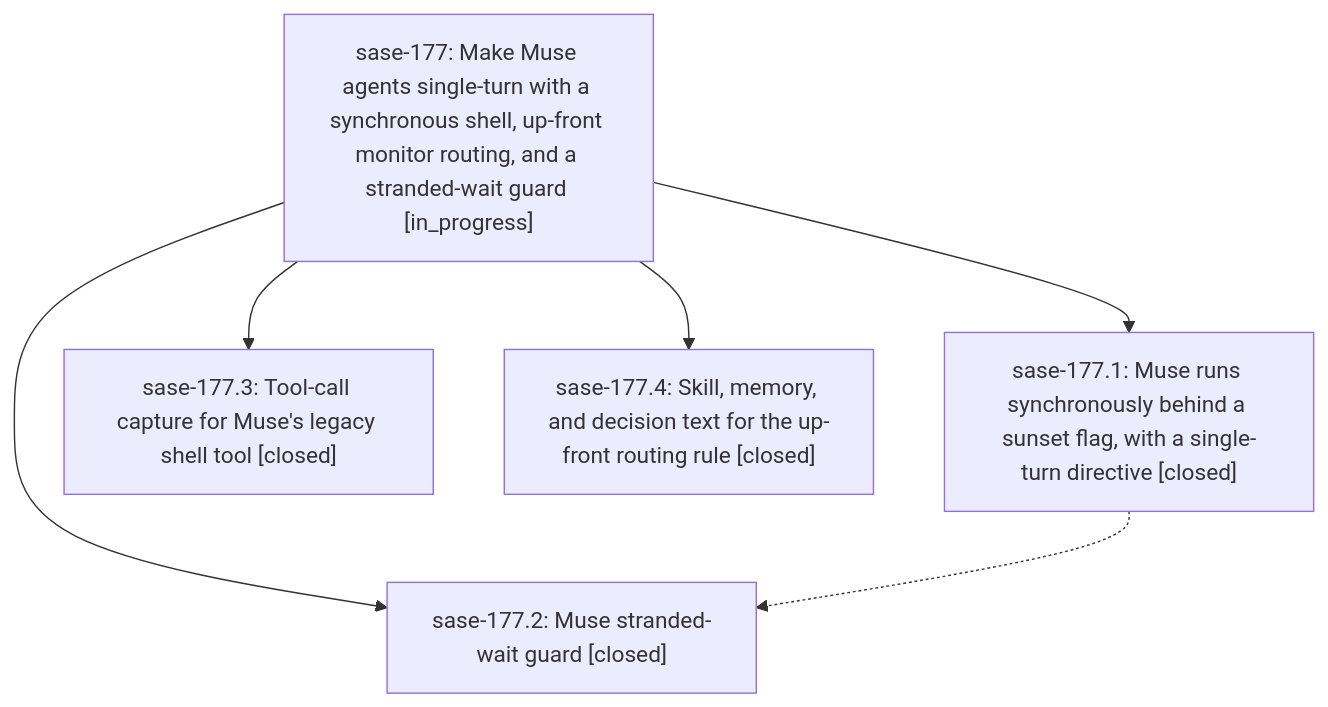
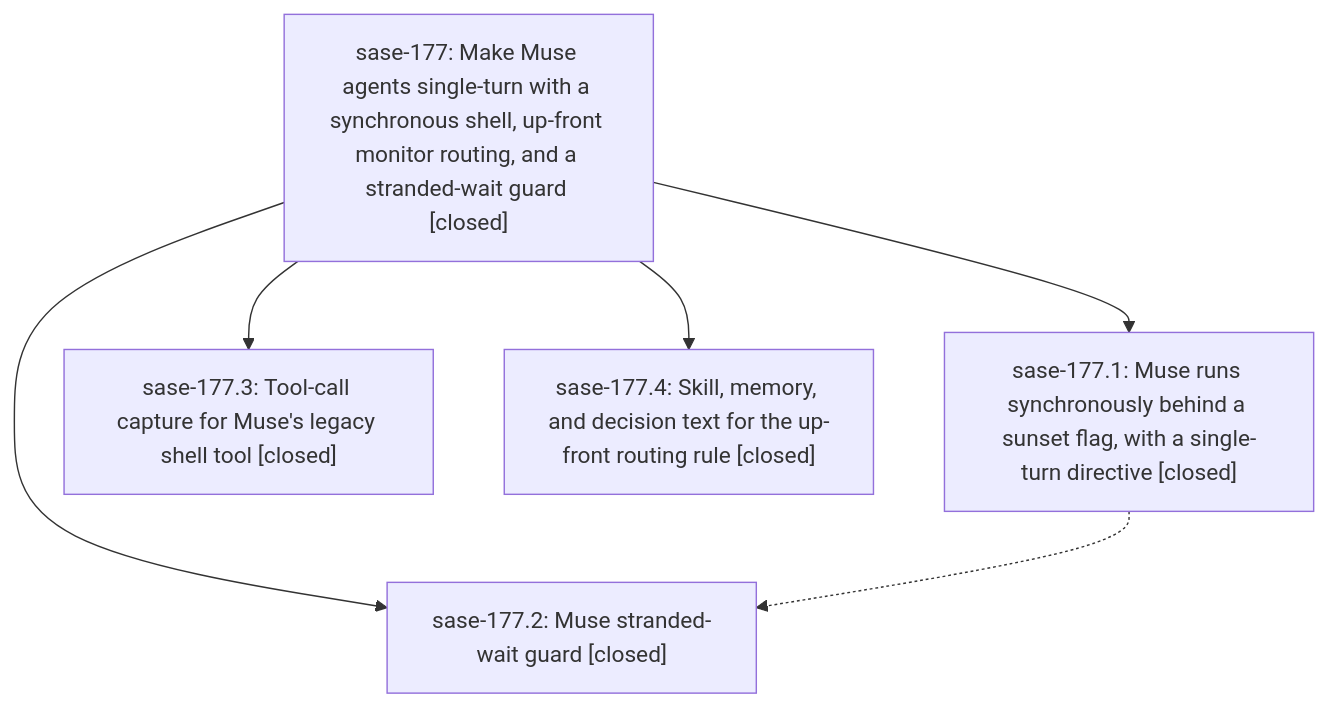
One commit to sase-org/sase--beads changed the diagram in pages/sase-177/README.md. Above: the diagram before and after it, drawn with Mermaid. The commit also changed other lines of this file and 1 other file, not shown here.

First line of the commit message:
chore(beads): sync bead state and pages for sase-177

````diff
--- a/pages/sase-177/README.md
+++ b/pages/sase-177/README.md
@@ -25,13 +29,13 @@
 ```mermaid
 flowchart TD
-    n0["sase-177: Make Muse agents single-turn with a synchronous shell, up-front monitor routing, and a stranded-wait guard [in_progress]"]
+    n0["sase-177: Make Muse agents single-turn with a synchronous shell, up-front monitor routing, and a stranded-wait guard [closed]"]
     n1["sase-177.1: Muse runs synchronously behind a sunset flag, with a single-turn directive [closed]"]
     n2["sase-177.2: Muse stranded-wait guard [closed]"]
     n3["sase-177.3: Tool-call capture for Muse's legacy shell tool [closed]"]
     n4["sase-177.4: Skill, memory, and decision text for the up-front routing rule [closed]"]
     n0 --> n1
     n0 --> n2
     n0 --> n3
     n0 --> n4
     n1 -.-> n2
 ```
````
